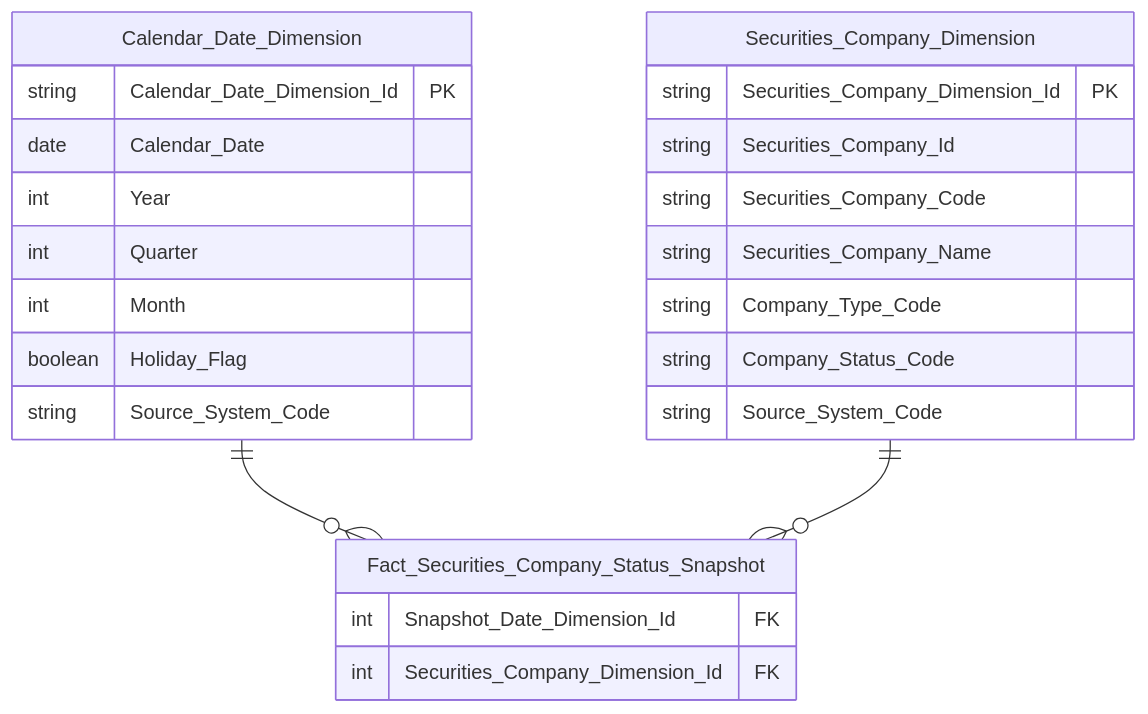
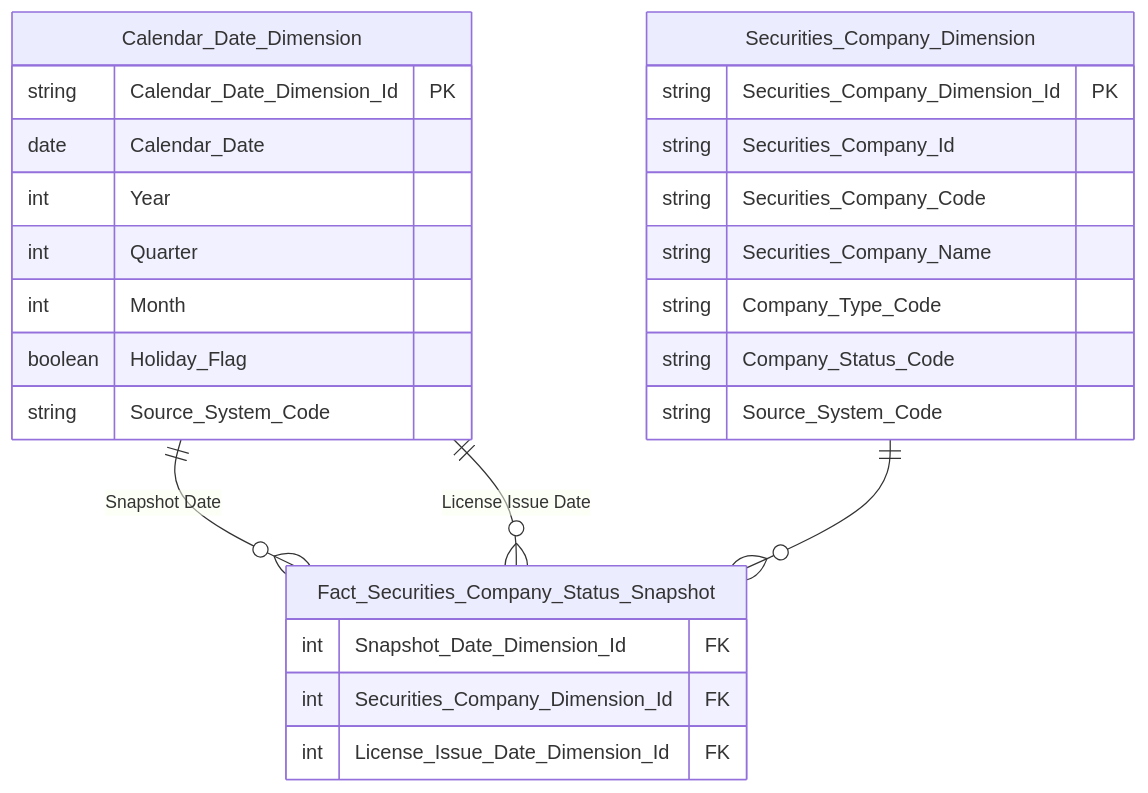
Before and after one commit to linhlvit/ubck_atomic_design: diagram 19 of 32 in Datamart/hld/DTM_QLKD_HLD.md, drawn with Mermaid. The commit also changed other lines of this file and 70 other files, not shown here.

````diff
--- a/Datamart/hld/DTM_QLKD_HLD.md
+++ b/Datamart/hld/DTM_QLKD_HLD.md
@@ -790,30 +790,32 @@
 ```mermaid
 erDiagram
     Fact_Securities_Company_Status_Snapshot {
         int Snapshot_Date_Dimension_Id FK
         int Securities_Company_Dimension_Id FK
+        int License_Issue_Date_Dimension_Id FK
     }
 
     Securities_Company_Dimension {
         string Securities_Company_Dimension_Id PK
         string Securities_Company_Id
         string Securities_Company_Code
         string Securities_Company_Name
         string Company_Type_Code
         string Company_Status_Code
         string Source_System_Code
     }
 
     Calendar_Date_Dimension {
         string Calendar_Date_Dimension_Id PK
         date Calendar_Date
         int Year
         int Quarter
         int Month
         boolean Holiday_Flag
         string Source_System_Code
     }
 
-    Calendar_Date_Dimension ||--o{ Fact_Securities_Company_Status_Snapshot : " "
+    Calendar_Date_Dimension ||--o{ Fact_Securities_Company_Status_Snapshot : "Snapshot Date"
+    Calendar_Date_Dimension ||--o{ Fact_Securities_Company_Status_Snapshot : "License Issue Date"
     Securities_Company_Dimension ||--o{ Fact_Securities_Company_Status_Snapshot : " "
 ```
````
